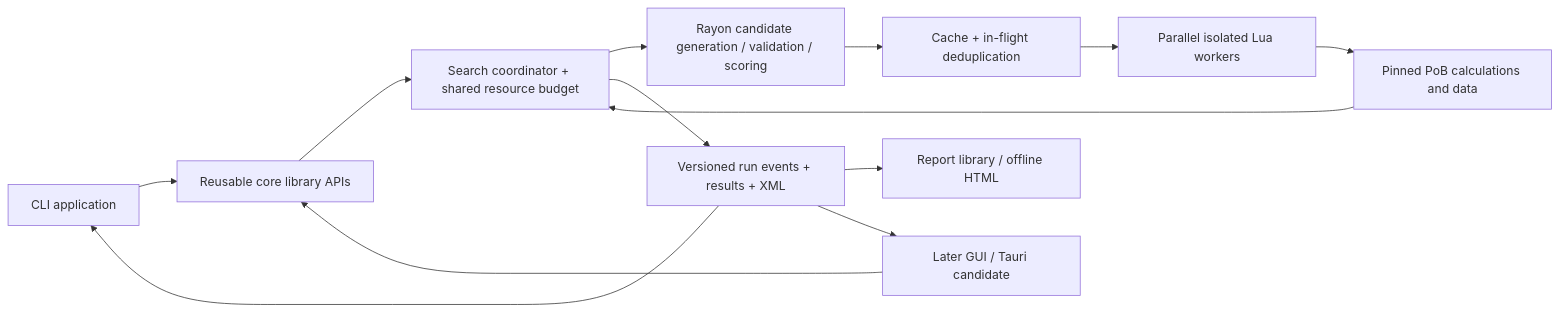
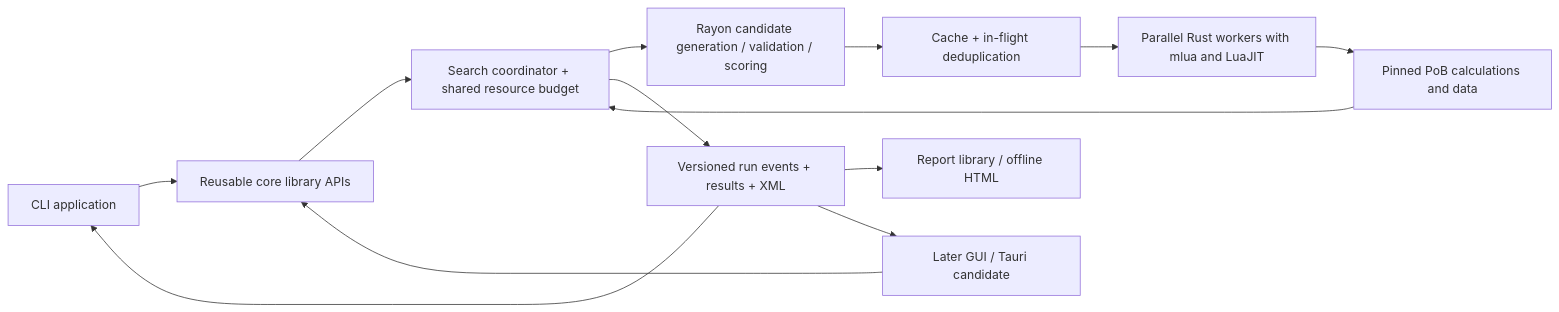
Before and after one commit to Azaril/poe-optimizer: the diagram in docs/design.md, drawn with Mermaid. The commit also changed other lines of this file and 4 other files, not shown here.

Commit message:
Prefer mlua hosting in isolated Rust evaluator workers

````diff
--- a/docs/design.md
+++ b/docs/design.md
@@ -133,15 +134,15 @@
 ```mermaid
 flowchart LR
     CLI[CLI application] --> Core[Reusable core library APIs]
     GUI[Later GUI / Tauri candidate] --> Core
     Core --> Search[Search coordinator + shared resource budget]
     Search --> Rayon[Rayon candidate generation / validation / scoring]
     Rayon --> Cache[Cache + in-flight deduplication]
-    Cache --> Pool[Parallel isolated Lua workers]
+    Cache --> Pool[Parallel Rust workers with mlua and LuaJIT]
     Pool --> PoB[Pinned PoB calculations and data]
     PoB --> Search
     Search --> Results[Versioned run events + results + XML]
     Results --> Reports[Report library / offline HTML]
     Results --> CLI
     Results --> GUI
 ```
````
